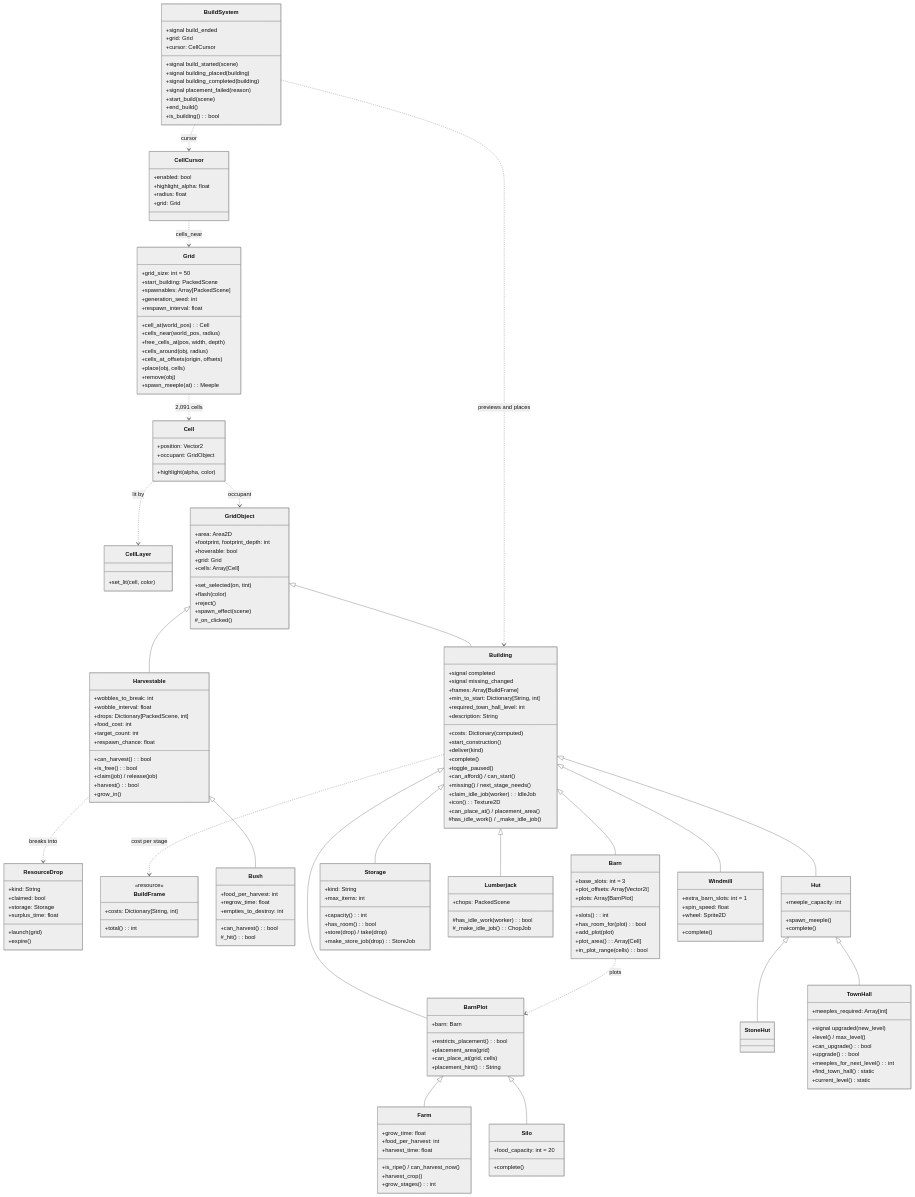
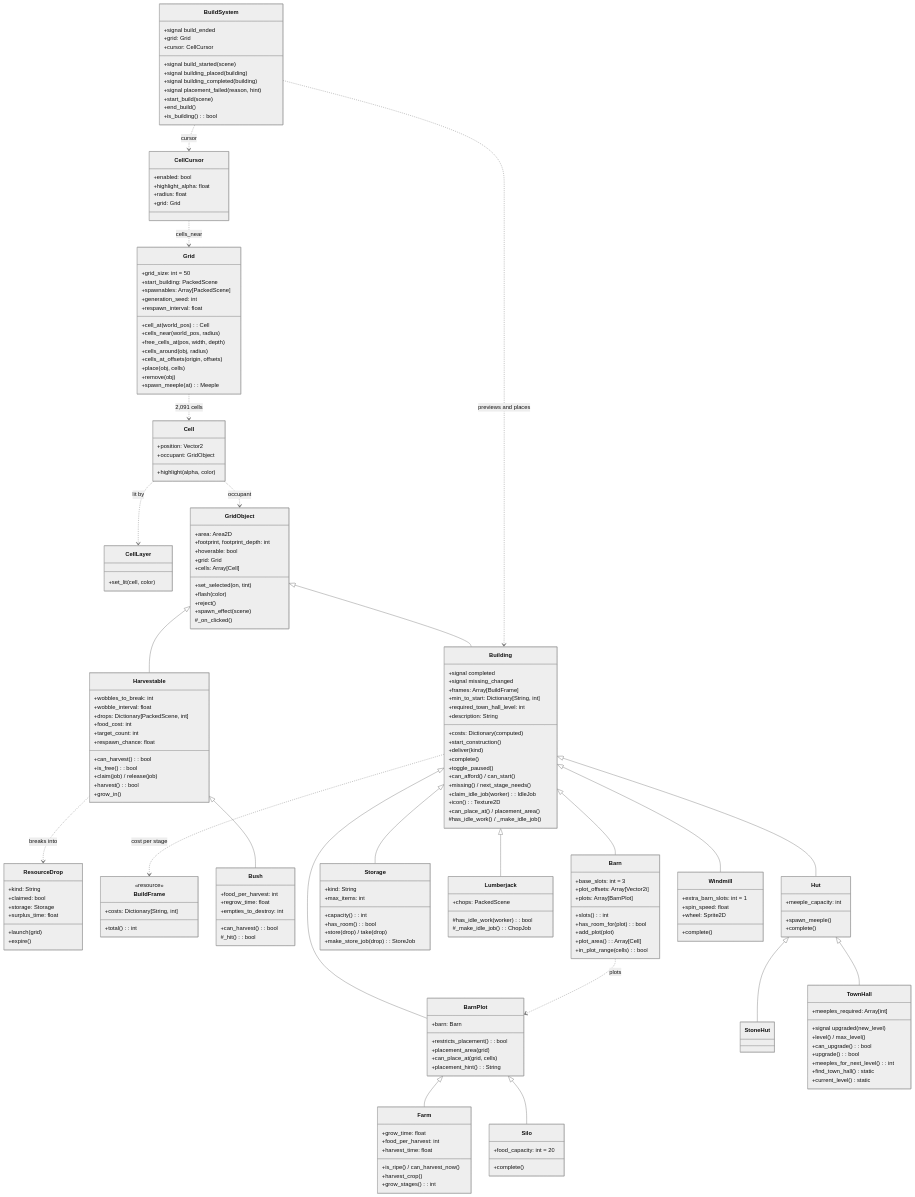
One commit to Liam-M-Mays/game-jam-2026 changed the eighth of 10 diagrams in docs/architecture.md. Above: the diagram before and after it, drawn with Mermaid (neutral theme). The commit also changed 5 other files, not shown here.

```diff
--- a/docs/architecture.md
+++ b/docs/architecture.md
@@ -339,7 +339,7 @@
         +signal build_ended
         +signal building_placed(building)
         +signal building_completed(building)
-        +signal placement_failed(reason)
+        +signal placement_failed(reason, hint)
         +grid: Grid
         +cursor: CellCursor
         +start_build(scene)
```
